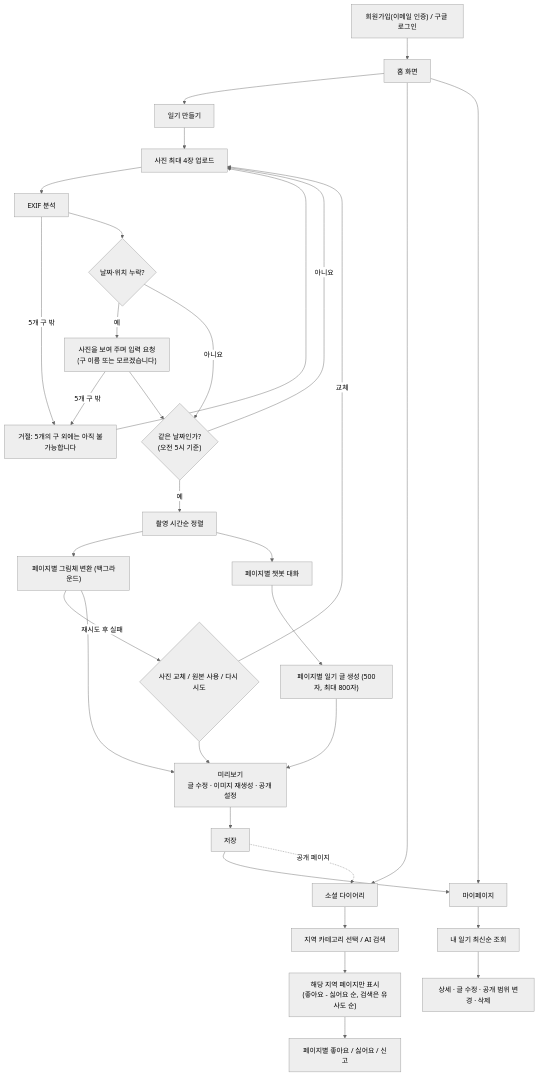
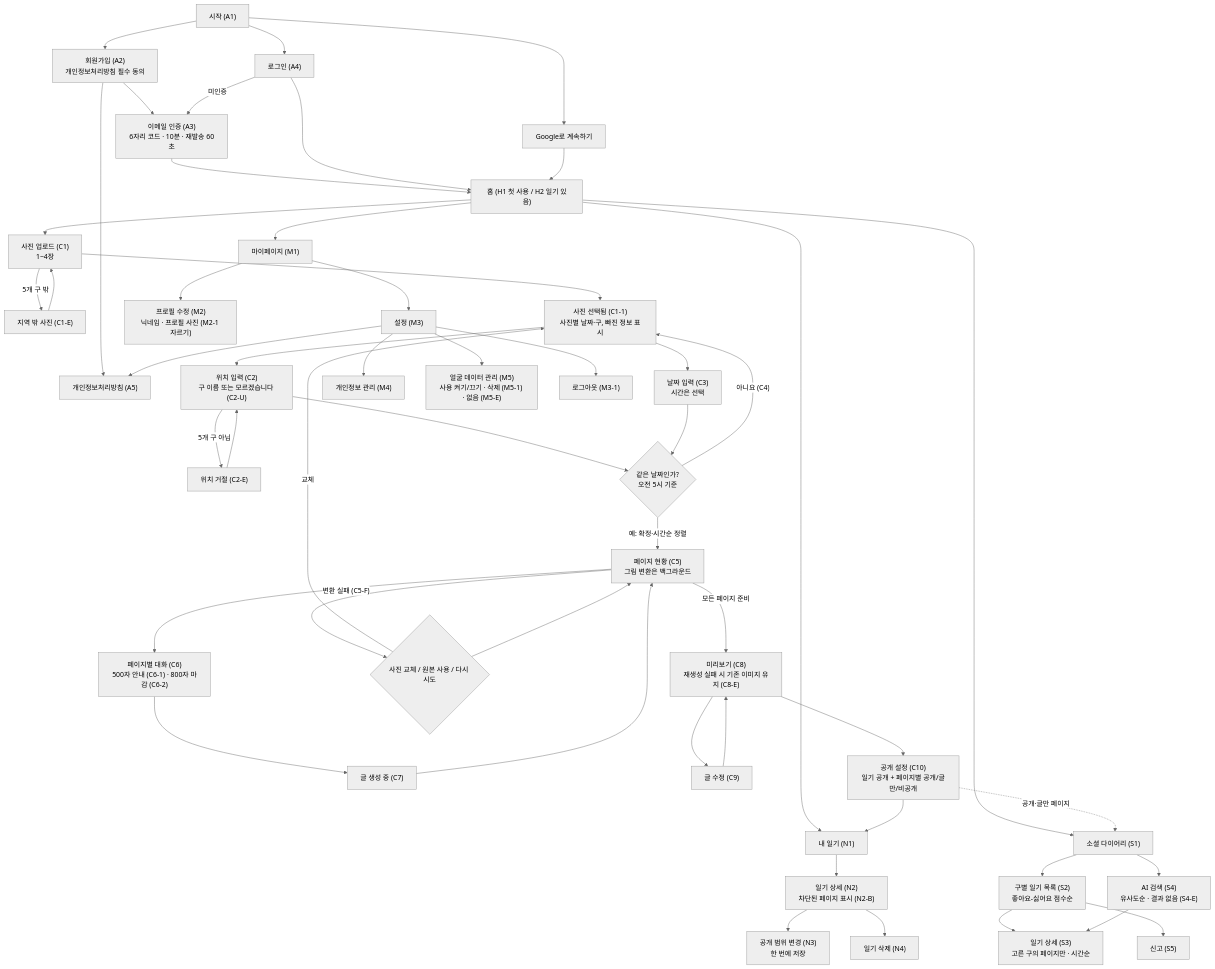
Before and after one commit to Periblue4haram/AI_Creative_Hackerthon: the first of 2 diagrams in .scratch/ai-diary/spec.md, drawn with Mermaid (neutral theme). The commit also changed other lines of this file and 23 other files, not shown here.

````diff
--- a/.scratch/ai-diary/spec.md
+++ b/.scratch/ai-diary/spec.md
@@ -21,38 +23,59 @@
 ```mermaid
 flowchart TD
-A["회원가입(이메일 인증) / 구글 로그인"] --> B["홈 화면"]
-B --> C["일기 만들기"]
-B --> D["소셜 다이어리"]
-B --> E["마이페이지"]
+A1["시작 (A1)"] --> A2["회원가입 (A2)<br/>개인정보처리방침 필수 동의"]
+A1 --> G1["Google로 계속하기"]
+A1 --> A4["로그인 (A4)"]
+A2 --> A5["개인정보처리방침 (A5)"]
+A2 --> A3["이메일 인증 (A3)<br/>6자리 코드 · 10분 · 재발송 60초"]
+A3 --> H["홈 (H1 첫 사용 / H2 일기 있음)"]
+A4 -->|"미인증"| A3
+A4 --> H
+G1 --> H
 
-C --> F["사진 최대 4장 업로드"]
-F --> G["EXIF 분석"]
-G -->|"5개 구 밖"| X["거절: 5개의 구 외에는 아직 불가능합니다"]
-X --> F
-G --> H{"날짜·위치 누락?"}
-H -->|예| I["사진을 보여 주며 입력 요청<br/>(구 이름 또는 모르겠습니다)"]
-I -->|"5개 구 밖"| X
-I --> J
-H -->|아니요| J{"같은 날짜인가?<br/>(오전 5시 기준)"}
-J -->|아니요| F
-J -->|예| K["촬영 시간순 정렬"]
+H --> C1["사진 업로드 (C1)<br/>1~4장"]
+H --> N1["내 일기 (N1)"]
+H --> S1["소셜 다이어리 (S1)"]
+H --> M1["마이페이지 (M1)"]
 
-K --> L["페이지별 그림체 변환 (백그라운드)"]
-K --> M["페이지별 챗봇 대화"]
-M --> N["페이지별 일기 글 생성 (500자, 최대 800자)"]
-L -->|"재시도 후 실패"| L2{"사진 교체 / 원본 사용 / 다시 시도"}
-L2 -->|교체| F
-L2 --> Q
-L --> Q["미리보기<br/>글 수정 · 이미지 재생성 · 공개 설정"]
-N --> Q
-Q --> R["저장"]
-R --> E
-R -. "공개 페이지" .-> D
+C1 -->|"5개 구 밖"| C1E["지역 밖 사진 (C1-E)"]
+C1E --> C1
+C1 --> C11["사진 선택됨 (C1-1)<br/>사진별 날짜·구, 빠진 정보 표시"]
+C11 --> C2["위치 입력 (C2)<br/>구 이름 또는 모르겠습니다 (C2-U)"]
+C2 -->|"5개 구 아님"| C2E["위치 거절 (C2-E)"]
+C2E --> C2
+C11 --> C3["날짜 입력 (C3)<br/>시간은 선택"]
+C2 --> C4{"같은 날짜인가?<br/>오전 5시 기준"}
+C3 --> C4
+C4 -->|"아니요 (C4)"| C11
+C4 -->|"예: 확정·시간순 정렬"| C5["페이지 현황 (C5)<br/>그림 변환은 백그라운드"]
 
-D --> S["지역 카테고리 선택 / AI 검색"]
-S --> T["해당 지역 페이지만 표시<br/>(좋아요 - 싫어요 순, 검색은 유사도 순)"]
-T --> V["페이지별 좋아요 / 싫어요 / 신고"]
+C5 --> C6["페이지별 대화 (C6)<br/>500자 안내 (C6-1) · 800자 마감 (C6-2)"]
+C6 --> C7["글 생성 중 (C7)"]
+C7 --> C5
+C5 -->|"변환 실패 (C5-F)"| CF{"사진 교체 / 원본 사용 / 다시 시도"}
+CF -->|교체| C11
+CF --> C5
+C5 -->|"모든 페이지 준비"| C8["미리보기 (C8)<br/>재생성 실패 시 기존 이미지 유지 (C8-E)"]
+C8 --> C9["글 수정 (C9)"]
+C9 --> C8
+C8 --> C10["공개 설정 (C10)<br/>일기 공개 + 페이지별 공개/글만/비공개"]
+C10 --> N1
+C10 -. "공개·글만 페이지" .-> S1
 
-E --> W["내 일기 최신순 조회"]
-W --> W2["상세 · 글 수정 · 공개 범위 변경 · 삭제"]
+N1 --> N2["일기 상세 (N2)<br/>차단된 페이지 표시 (N2-B)"]
+N2 --> N3["공개 범위 변경 (N3)<br/>한 번에 저장"]
+N2 --> N4["일기 삭제 (N4)"]
+
+S1 --> S2["구별 일기 목록 (S2)<br/>좋아요-싫어요 점수순"]
+S1 --> S4["AI 검색 (S4)<br/>유사도순 · 결과 없음 (S4-E)"]
+S2 --> S3["일기 상세 (S3)<br/>고른 구의 페이지만 · 시간순"]
+S4 --> S3
+S2 --> S5["신고 (S5)"]
+
+M1 --> M2["프로필 수정 (M2)<br/>닉네임 · 프로필 사진 (M2-1 자르기)"]
+M1 --> M3["설정 (M3)"]
+M3 --> M4["개인정보 관리 (M4)"]
+M3 --> M5["얼굴 데이터 관리 (M5)<br/>사용 켜기/끄기 · 삭제 (M5-1) · 없음 (M5-E)"]
+M3 --> A5
+M3 --> LO["로그아웃 (M3-1)"]
 ```
````
